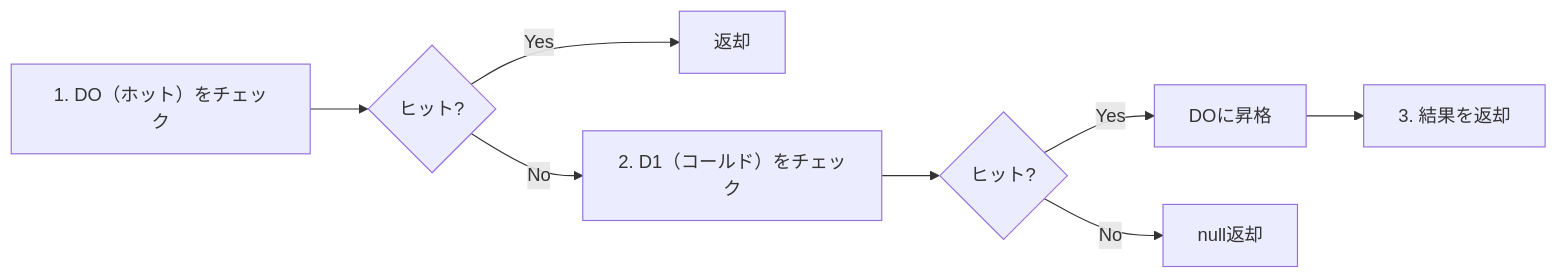
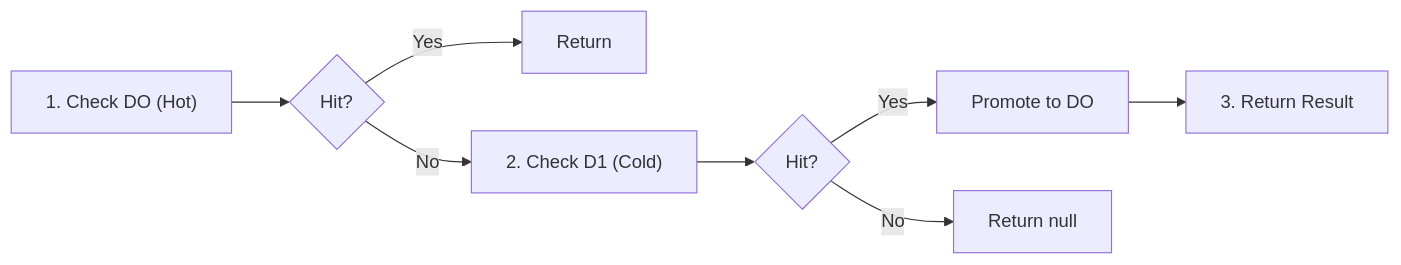
One commit to sgrastar/authrim changed the third of 3 diagrams in packages/shared/src/storage/README.md. Above: the diagram before and after it, drawn with Mermaid. The commit also changed other lines of this file and 23 other files, not shown here.

First line of the commit message:
docs: Translate all Japanese documentation to English and convert ASCII diagrams to Mermaid

````diff
--- a/packages/shared/src/storage/README.md
+++ b/packages/shared/src/storage/README.md
@@ -239,10 +239,10 @@
 ```mermaid
 flowchart LR
-    A["1. DO（ホット）をチェック"] --> B{ヒット?}
-    B -->|Yes| C["返却"]
-    B -->|No| D["2. D1（コールド）をチェック"]
-    D --> E{ヒット?}
-    E -->|Yes| F["DOに昇格"]
-    F --> G["3. 結果を返却"]
-    E -->|No| H["null返却"]
+    A["1. Check DO (Hot)"] --> B{Hit?}
+    B -->|Yes| C["Return"]
+    B -->|No| D["2. Check D1 (Cold)"]
+    D --> E{Hit?}
+    E -->|Yes| F["Promote to DO"]
+    F --> G["3. Return Result"]
+    E -->|No| H["Return null"]
 ```
````
